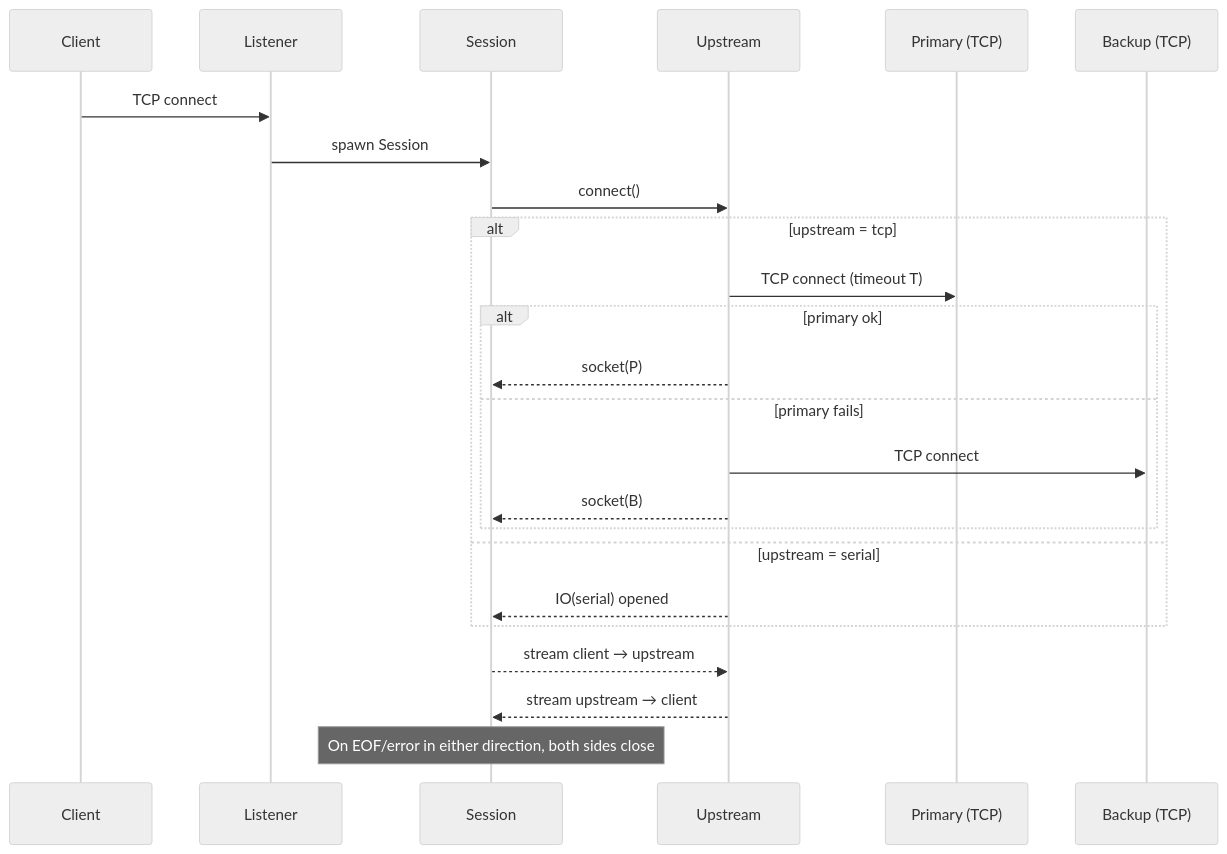
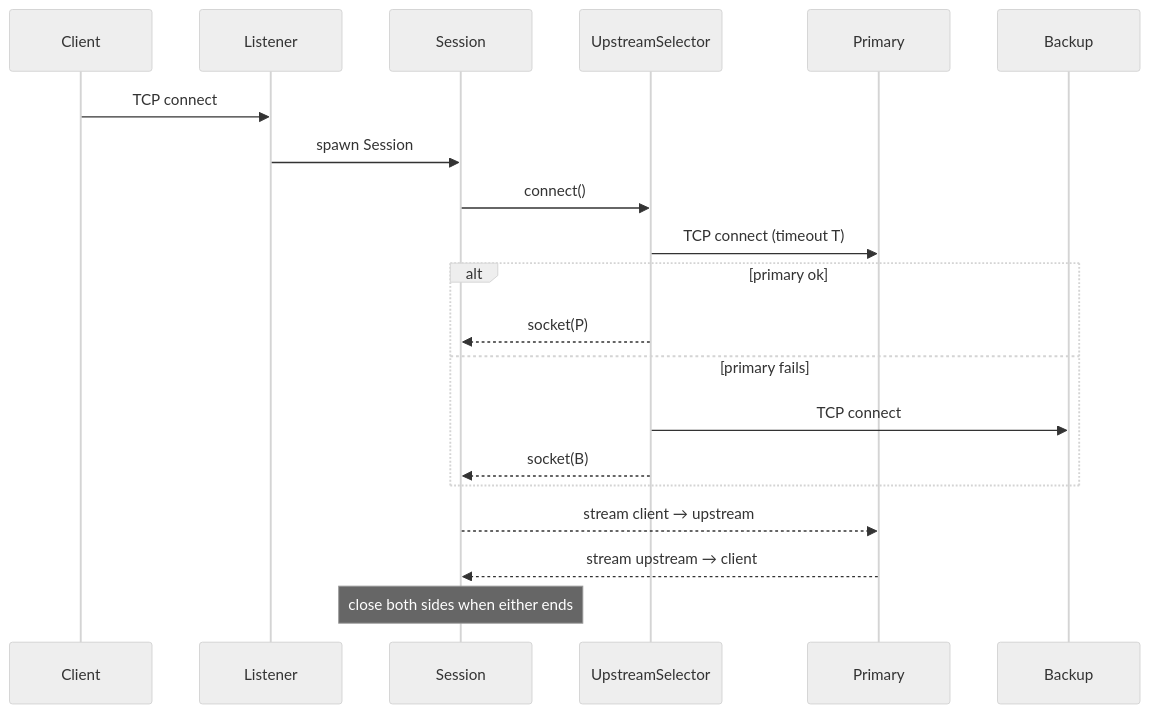
One commit to chrisblunt-codes/offgridmail-forwarder changed the second of 2 diagrams in design/ARCHITECTURE.md. Above: the diagram before and after it, drawn with Mermaid (neutral theme). The commit also changed other lines of this file and 19 other files, not shown here.

Commit message:
Clean: collapse reverts; TCP-only stable; serial parked

````diff
--- a/design/ARCHITECTURE.md
+++ b/design/ARCHITECTURE.md
@@ -58,30 +24,24 @@
 ```mermaid
 sequenceDiagram
   participant C as Client
   participant L as Listener
   participant S as Session
-  participant U as Upstream
-  participant P as Primary (TCP)
-  participant B as Backup (TCP)
+  participant U as UpstreamSelector
+  participant P as Primary
+  participant B as Backup
 
   C->>L: TCP connect
   L->>S: spawn Session
   S->>U: connect()
-
-  alt upstream = tcp
-    U->>P: TCP connect (timeout T)
-    alt primary ok
-      U-->>S: socket(P)
-    else primary fails
-      U->>B: TCP connect
-      U-->>S: socket(B)
-    end
-  else upstream = serial
-    U-->>S: IO(serial) opened
+  U->>P: TCP connect (timeout T)
+  alt primary ok
+    U-->>S: socket(P)
+  else primary fails
+    U->>B: TCP connect
+    U-->>S: socket(B)
   end
 
-  S-->>U: stream client → upstream
-  U-->>S: stream upstream → client
-
-  note over S: On EOF/error in either direction, both sides close
+  S-->>P: stream client → upstream
+  P-->>S: stream upstream → client
+  note over S: close both sides when either ends
 ```
````
